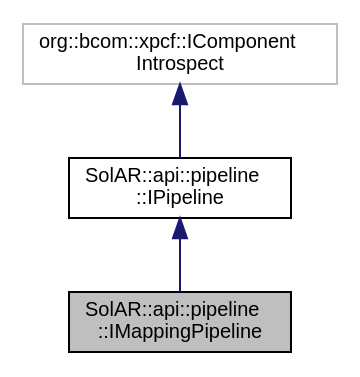
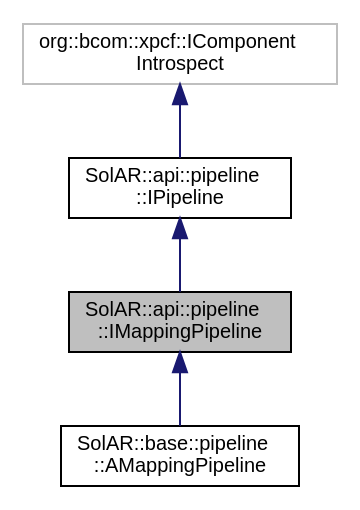
One commit to SolarFramework/solarframework.github.io changed the diagram in api_documentation/class_sol_a_r_1_1api_1_1pipeline_1_1_i_mapping_pipeline__inherit__graph.dot. Above: the diagram before and after it, drawn with Graphviz. The commit also changed 289 other files, not shown here.

```diff
--- a/api_documentation/class_sol_a_r_1_1api_1_1pipeline_1_1_i_mapping_pipeline__inherit__graph.dot
+++ b/api_documentation/class_sol_a_r_1_1api_1_1pipeline_1_1_i_mapping_pipeline__inherit__graph.dot
@@ -1,11 +1,13 @@
 digraph "SolAR::api::pipeline::IMappingPipeline"
 {
  // LATEX_PDF_SIZE
   edge [fontname="Helvetica",fontsize="10",labelfontname="Helvetica",labelfontsize="10"];
   node [fontname="Helvetica",fontsize="10",shape=record];
   Node1 [label="SolAR::api::pipeline\l::IMappingPipeline",height=0.2,width=0.4,color="black", fillcolor="grey75", style="filled", fontcolor="black",tooltip="Defines a mapping pipeline. UUID: 2dc3cd33-5a11-4748-94a3-e7ab40462097"];
   Node2 -> Node1 [dir="back",color="midnightblue",fontsize="10",style="solid",fontname="Helvetica"];
   Node2 [label="SolAR::api::pipeline\l::IPipeline",height=0.2,width=0.4,color="black", fillcolor="white", style="filled",URL="$class_sol_a_r_1_1api_1_1pipeline_1_1_i_pipeline.html",tooltip="Abstract class defining a generic pipeline object. UUID: b636f583-4f1e-41c9-94da-9d0eac82aa02"];
   Node3 -> Node2 [dir="back",color="midnightblue",fontsize="10",style="solid",fontname="Helvetica"];
   Node3 [label="org::bcom::xpcf::IComponent\lIntrospect",height=0.2,width=0.4,color="grey75", fillcolor="white", style="filled",tooltip=" "];
+  Node1 -> Node4 [dir="back",color="midnightblue",fontsize="10",style="solid",fontname="Helvetica"];
+  Node4 [label="SolAR::base::pipeline\l::AMappingPipeline",height=0.2,width=0.4,color="black", fillcolor="white", style="filled",URL="$class_sol_a_r_1_1base_1_1pipeline_1_1_a_mapping_pipeline.html",tooltip=" "];
 }
```
